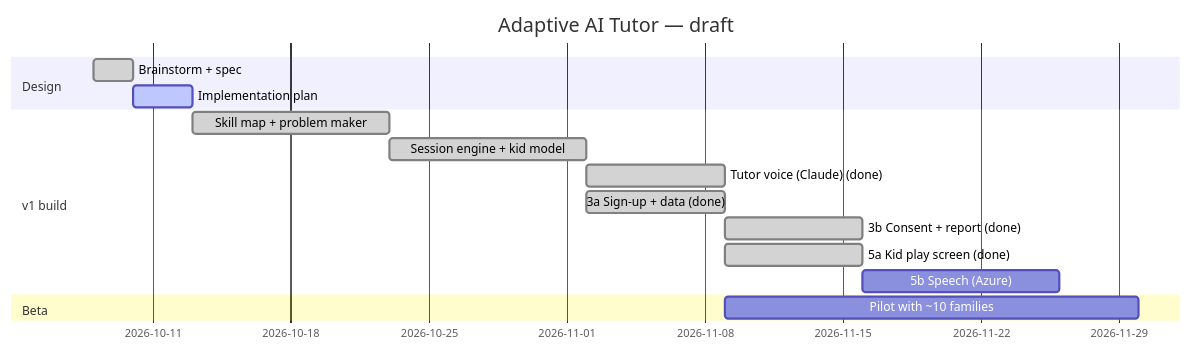
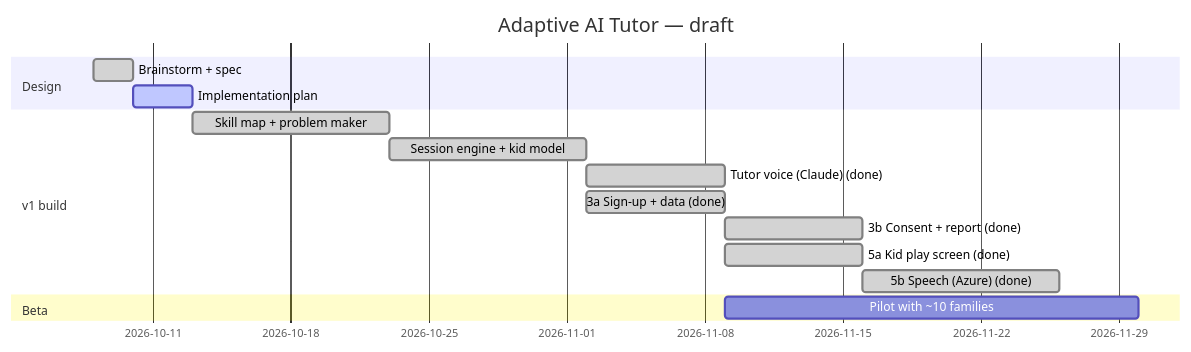
Before and after one commit to andrejovnarski/ai-tutor: the diagram in vault/05 Roadmap/Roadmap.md, drawn with Mermaid. The commit also changed 18 other files, not shown here.

````diff
--- a/vault/05 Roadmap/Roadmap.md
+++ b/vault/05 Roadmap/Roadmap.md
@@ -9,18 +9,18 @@
 ```mermaid
 gantt
   title Adaptive AI Tutor — draft
   dateFormat YYYY-MM-DD
   section Design
   Brainstorm + spec         :done, d1, 2026-10-08, 2d
   Implementation plan       :active, d2, after d1, 3d
   section v1 build
   Skill map + problem maker :done, b1, after d2, 10d
   Session engine + kid model:done, b2, after b1, 10d
   Tutor voice (Claude) (done) :done, b4, after b2, 7d
   3a Sign-up + data (done)  :done, b5a, after b2, 7d
   3b Consent + report (done) :done, b5b, after b5a, 7d
   5a Kid play screen (done) :done, b3a, after b4, 7d
-  5b Speech (Azure)         :b3b, after b3a, 10d
+  5b Speech (Azure) (done)  :done, b3b, after b3a, 10d
   section Beta
   Pilot with ~10 families   :p1, after b4, 21d
 ```
````
